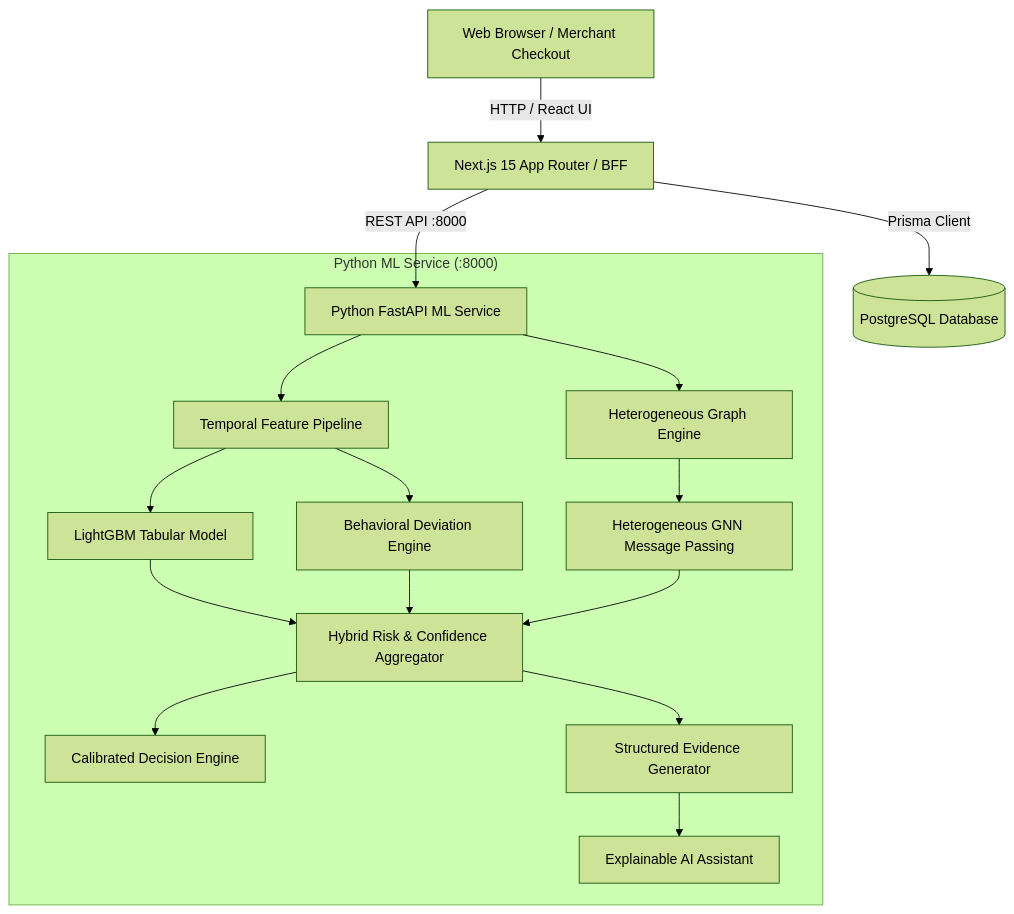
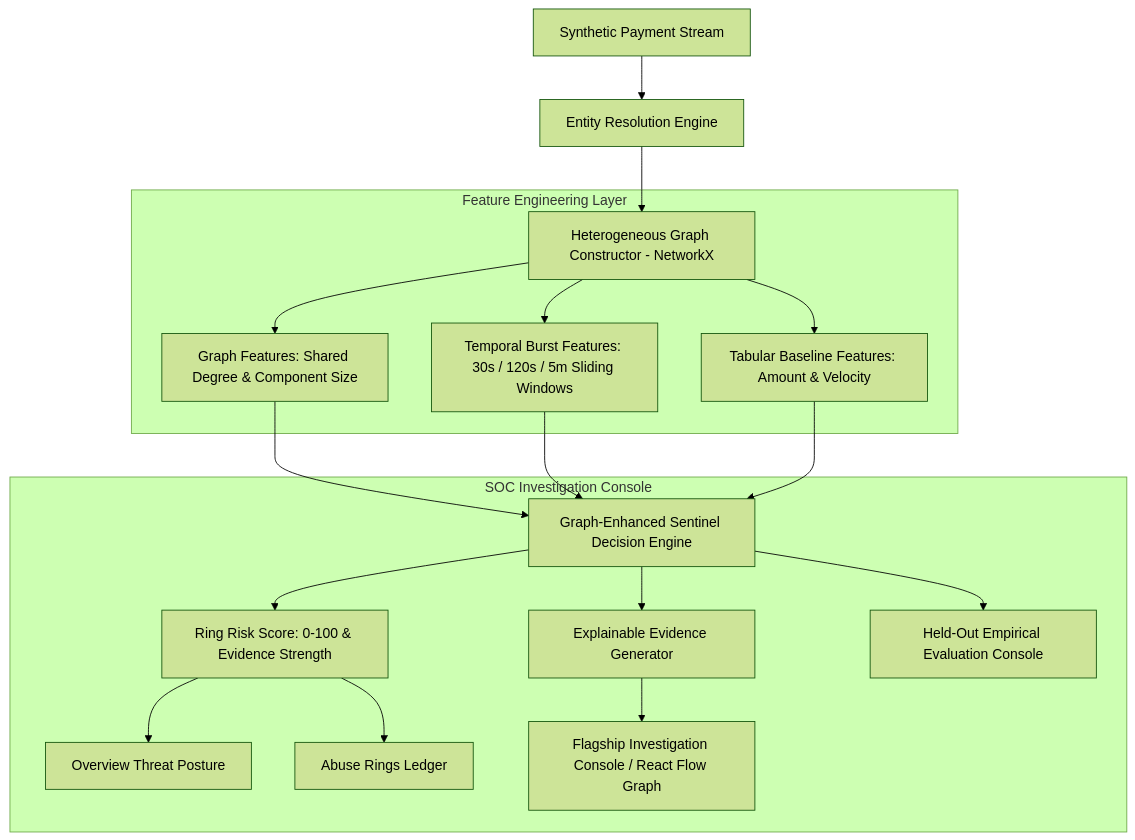
The diagram in docs/architecture.md (TechPrateek/paypilotai), drawn with Mermaid (forest theme) before and after one commit. The commit also changed other lines of this file and 36 other files, not shown here.

Commit message:
feat: refactor PayPilot AI into Abuse-Ring Sentinel for Track 02 (AI Risk Manager)

````diff
--- a/docs/architecture.md
+++ b/docs/architecture.md
@@ -7,23 +20,25 @@
 ```mermaid
 graph TD
-    Client[Web Browser / Merchant Checkout] -->|HTTP / React UI| NextApp[Next.js 15 App Router / BFF]
-    NextApp -->|Prisma Client| Postgres[(PostgreSQL Database)]
-    NextApp -->|REST API :8000| FastAPI[Python FastAPI ML Service]
+    A[Synthetic Payment Stream] --> B[Entity Resolution Engine]
+    B --> C[Heterogeneous Graph Constructor - NetworkX]
     
-    subgraph "Python ML Service (:8000)"
-        FastAPI --> FeaturePipeline[Temporal Feature Pipeline]
-        FeaturePipeline --> TabularML[LightGBM Tabular Model]
-        FeaturePipeline --> BehavioralEngine[Behavioral Deviation Engine]
-        
-        FastAPI --> GraphEngine[Heterogeneous Graph Engine]
-        GraphEngine --> PyGGNN[Heterogeneous GNN Message Passing]
-        
-        TabularML --> Aggregator[Hybrid Risk & Confidence Aggregator]
-        BehavioralEngine --> Aggregator
-        PyGGNN --> Aggregator
-        
-        Aggregator --> DecisionEngine[Calibrated Decision Engine]
-        Aggregator --> EvidenceEngine[Structured Evidence Generator]
-        EvidenceEngine --> ExplainableAI[Explainable AI Assistant]
+    subgraph Feature Engineering Layer
+        C --> D1[Graph Features: Shared Degree & Component Size]
+        C --> D2[Temporal Burst Features: 30s / 120s / 5m Sliding Windows]
+        C --> D3[Tabular Baseline Features: Amount & Velocity]
+    end
+    
+    D1 --> E[Graph-Enhanced Sentinel Decision Engine]
+    D2 --> E
+    D3 --> E
+    
+    E --> F[Ring Risk Score: 0-100 & Evidence Strength]
+    E --> G[Explainable Evidence Generator]
+    
+    subgraph SOC Investigation Console
+        F --> H1[Overview Threat Posture]
+        F --> H2[Abuse Rings Ledger]
+        G --> H3[Flagship Investigation Console / React Flow Graph]
+        E --> H4[Held-Out Empirical Evaluation Console]
     end
 ```
````
